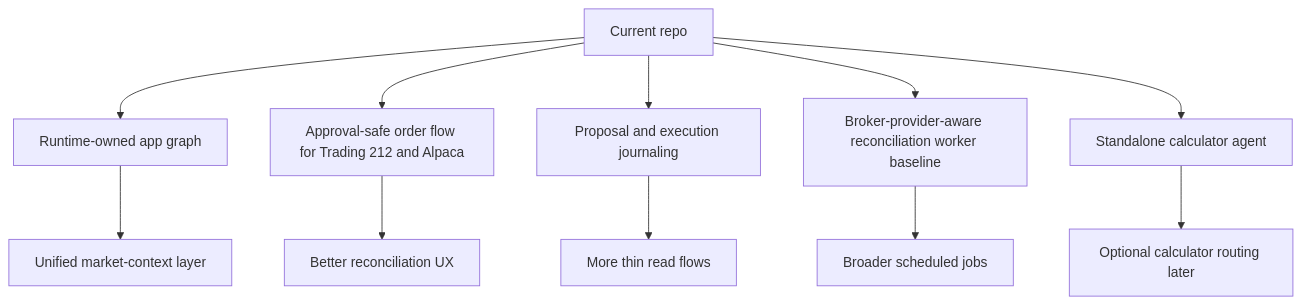
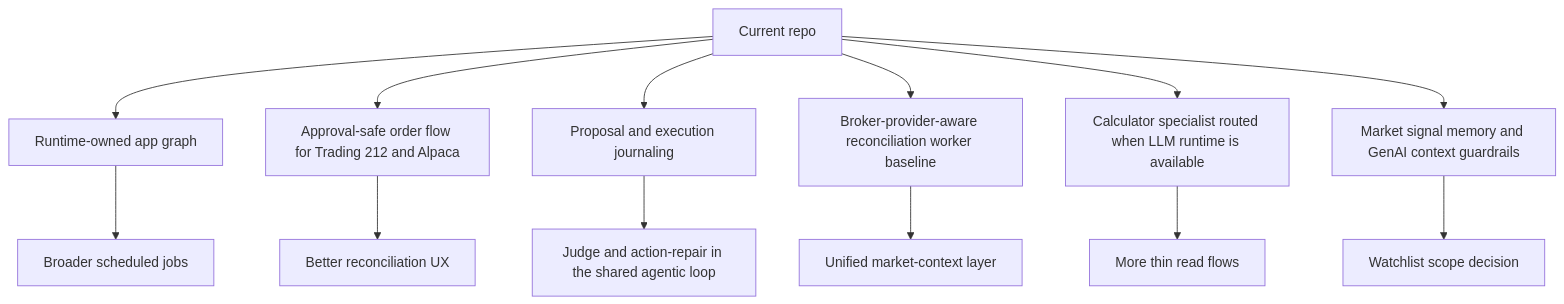
The ninth of 9 diagrams in docs/ARCHITECTURE_DIAGRAMS.md (applebar17/T212AI), drawn with Mermaid before and after one commit. The commit also changed other lines of this file and 6 other files, not shown here.

````diff
--- a/docs/ARCHITECTURE_DIAGRAMS.md
+++ b/docs/ARCHITECTURE_DIAGRAMS.md
@@ -218,14 +224,16 @@
 ```mermaid
 flowchart TD
     NOW[Current repo] --> A[Runtime-owned app graph]
     NOW --> B[Approval-safe order flow for Trading 212 and Alpaca]
     NOW --> C[Proposal and execution journaling]
     NOW --> D[Broker-provider-aware reconciliation worker baseline]
-    NOW --> E[Standalone calculator agent]
+    NOW --> E[Calculator specialist routed when LLM runtime is available]
+    NOW --> F[Market signal memory and GenAI context guardrails]
 
-    A --> NEXT1[Unified market-context layer]
+    A --> NEXT1[Broader scheduled jobs]
     B --> NEXT2[Better reconciliation UX]
-    C --> NEXT3[More thin read flows]
-    D --> NEXT4[Broader scheduled jobs]
-    E --> NEXT5[Optional calculator routing later]
+    C --> NEXT3[Judge and action-repair in the shared agentic loop]
+    D --> NEXT4[Unified market-context layer]
+    E --> NEXT5[More thin read flows]
+    F --> NEXT6[Watchlist scope decision]
 ```
````
